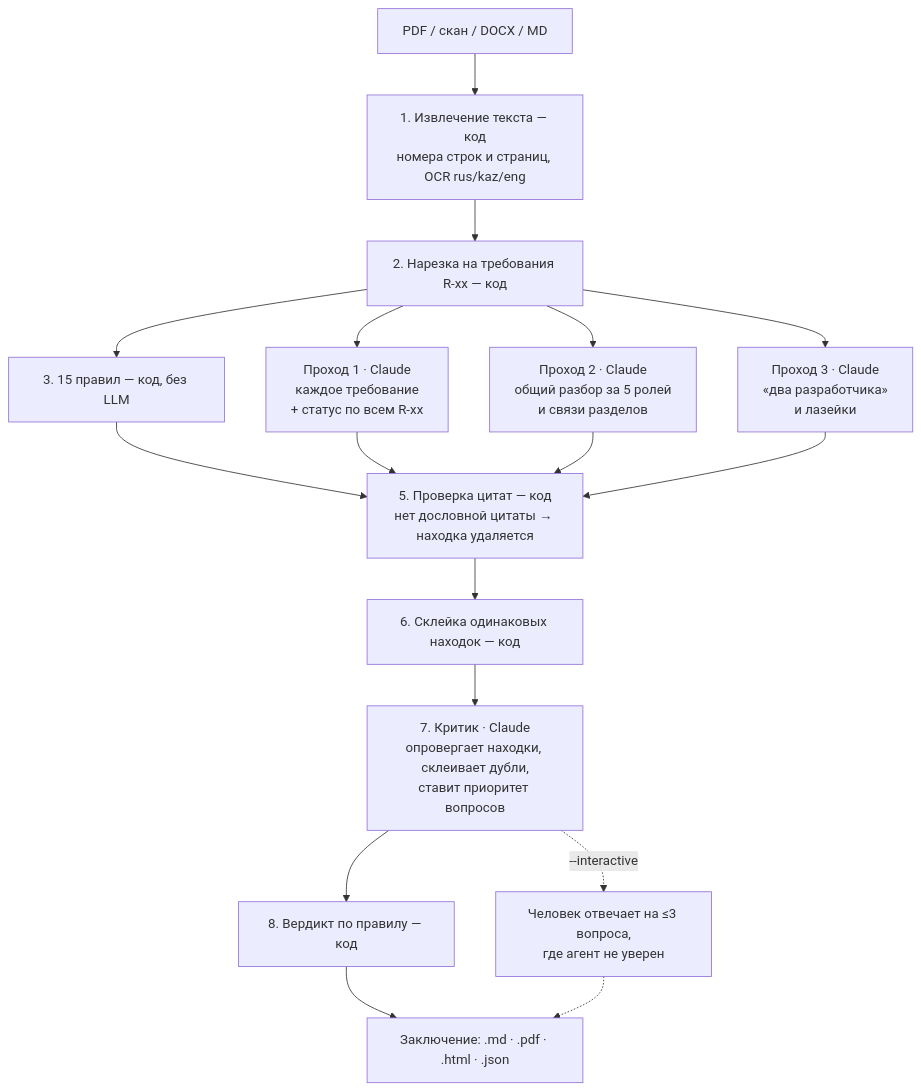
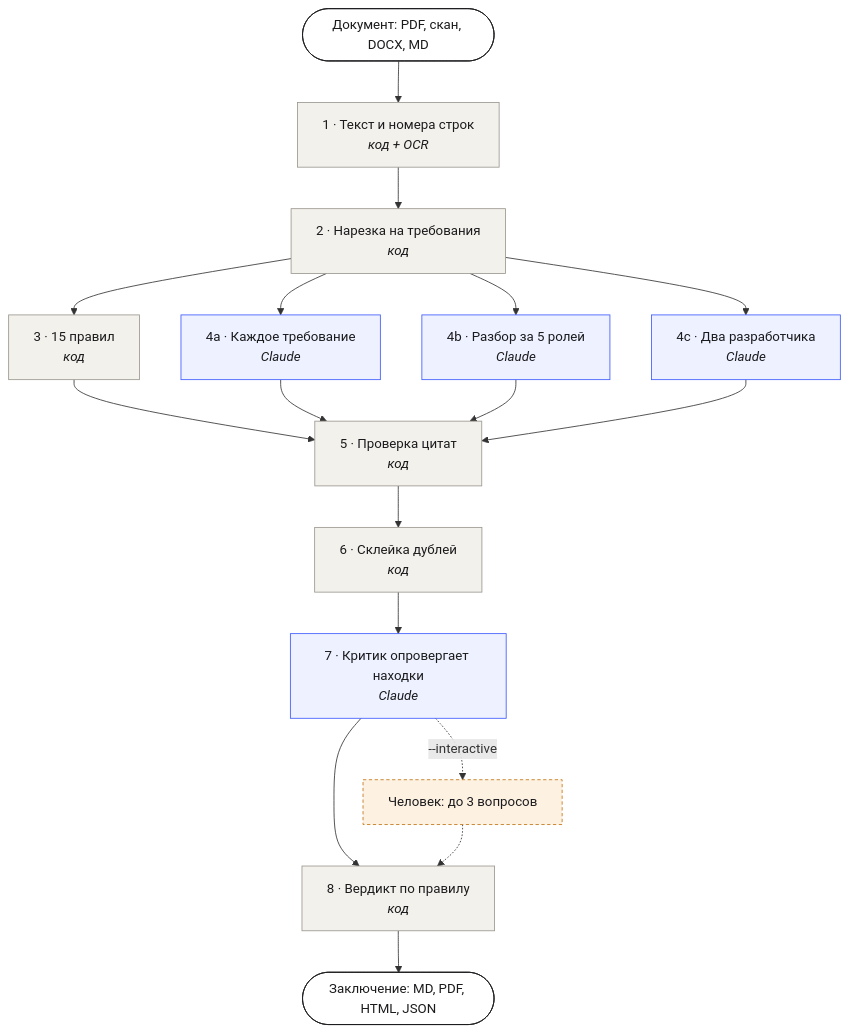
One commit to Aldibek/AI_agent_hack changed the diagram in README.md. Above: the diagram before and after it, drawn with Mermaid. The commit also changed other lines of this file, not shown here.

Commit message:
README: cleaner architecture diagram (numbered steps, short labels, colour by code vs Claude)

````diff
--- a/README.md
+++ b/README.md
@@ -23,19 +23,27 @@
 ```mermaid
 flowchart TD
-    IN[PDF / скан / DOCX / MD] --> ING[1. Извлечение текста — код<br/>номера строк и страниц, OCR rus/kaz/eng]
-    ING --> SEG[2. Нарезка на требования R-xx — код]
-    SEG --> RUL[3. 15 правил — код, без LLM]
-    SEG --> P1[Проход 1 · Claude<br/>каждое требование<br/>+ статус по всем R-xx]
-    SEG --> P2[Проход 2 · Claude<br/>общий разбор за 5 ролей<br/>и связи разделов]
-    SEG --> P3[Проход 3 · Claude<br/>«два разработчика»<br/>и лазейки]
-    RUL --> GR[5. Проверка цитат — код<br/>нет дословной цитаты → находка удаляется]
+    IN([Документ: PDF, скан, DOCX, MD]) --> ING[1 · Текст и номера строк<br/><i>код + OCR</i>]
+    ING --> SEG[2 · Нарезка на требования<br/><i>код</i>]
+    SEG --> RUL[3 · 15 правил<br/><i>код</i>]
+    SEG --> P1[4a · Каждое требование<br/><i>Claude</i>]
+    SEG --> P2[4b · Разбор за 5 ролей<br/><i>Claude</i>]
+    SEG --> P3[4c · Два разработчика<br/><i>Claude</i>]
+    RUL --> GR[5 · Проверка цитат<br/><i>код</i>]
     P1 --> GR
     P2 --> GR
     P3 --> GR
-    GR --> MRG[6. Склейка одинаковых находок — код]
-    MRG --> CR[7. Критик · Claude<br/>опровергает находки, склеивает дубли,<br/>ставит приоритет вопросов]
-    CR --> VER[8. Вердикт по правилу — код]
-    VER --> OUT[Заключение: .md · .pdf · .html · .json]
-    CR -. --interactive .-> HUM[Человек отвечает на ≤3 вопроса,<br/>где агент не уверен]
-    HUM -.-> OUT
+    GR --> MRG[6 · Склейка дублей<br/><i>код</i>]
+    MRG --> CR[7 · Критик опровергает находки<br/><i>Claude</i>]
+    CR --> VER[8 · Вердикт по правилу<br/><i>код</i>]
+    VER --> OUT([Заключение: MD, PDF, HTML, JSON])
+    CR -. --interactive .-> HUM[Человек: до 3 вопросов]
+    HUM -.-> VER
+    classDef llm fill:#eef1ff,stroke:#3d5afe,color:#1b1b1d
+    classDef code fill:#f3f1ec,stroke:#9a978f,color:#1b1b1d
+    classDef io fill:#ffffff,stroke:#1b1b1d,color:#1b1b1d
+    classDef human fill:#fdf1e2,stroke:#c27412,color:#1b1b1d,stroke-dasharray:4 3
+    class P1,P2,P3,CR llm
+    class ING,SEG,RUL,GR,MRG,VER code
+    class IN,OUT io
+    class HUM human
 ```
````
